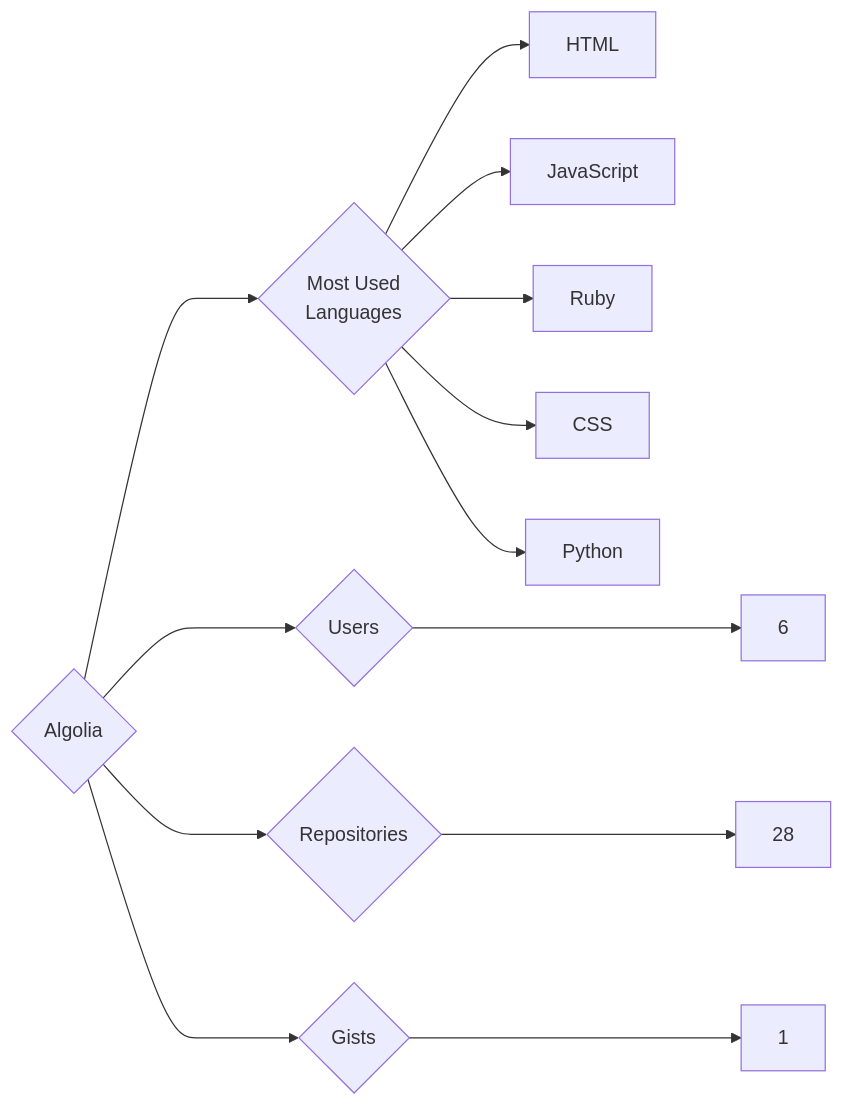
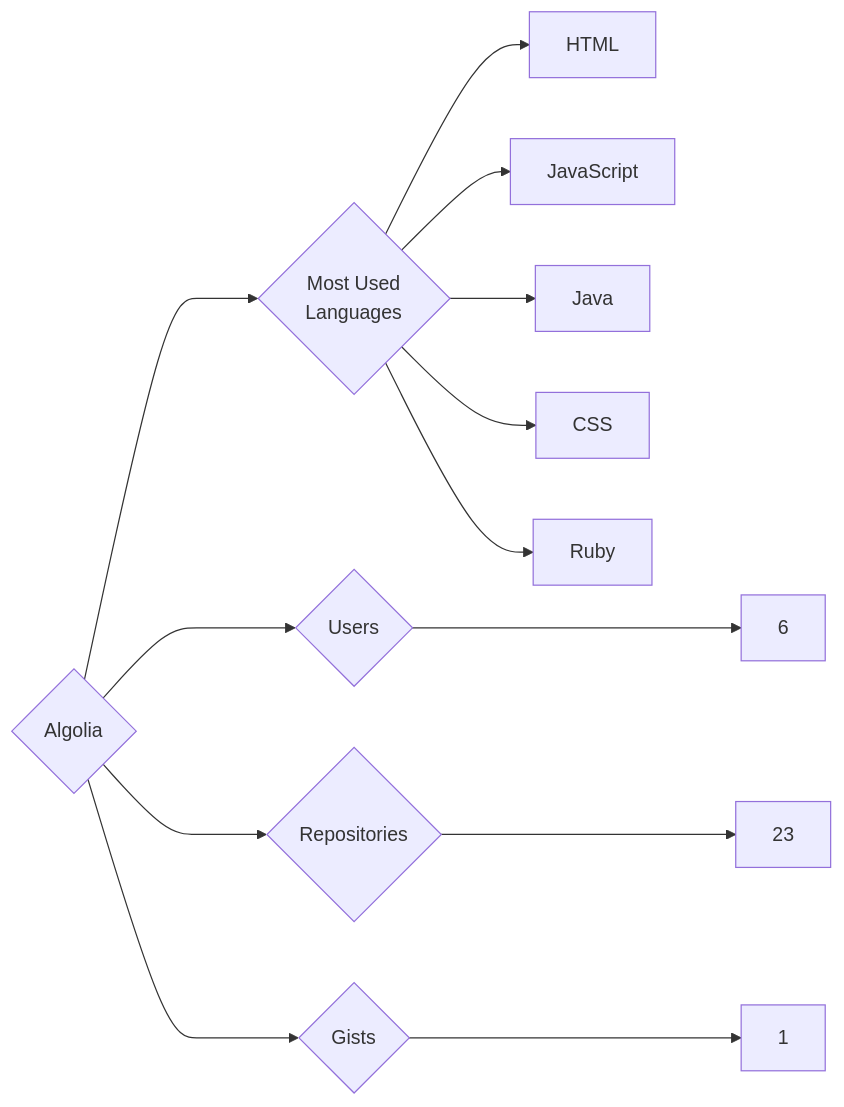
One commit to trickest/insiders changed the diagram in targets/Algolia/README.md. Above: the diagram before and after it, drawn with Mermaid. The commit also changed 724 other files, not shown here.

````diff
--- a/targets/Algolia/README.md
+++ b/targets/Algolia/README.md
@@ -3,13 +3,13 @@
 ```mermaid
 graph LR
 COMPANY_NAME{Algolia}
 COMPANY_NAME ---> U{Users} ---> UN[6]
-COMPANY_NAME ---> R{Repositories} ---> RN[28]
+COMPANY_NAME ---> R{Repositories} ---> RN[23]
 COMPANY_NAME ---> G{Gists} ---> GN[1]
 COMPANY_NAME ---> ML{Most Used<br>Languages}
 ML --> HTML[HTML]
 ML --> JavaScript[JavaScript]
+ML --> Java[Java]
+ML --> CSS[CSS]
 ML --> Ruby[Ruby]
-ML --> CSS[CSS]
-ML --> Python[Python]
 ```
````
